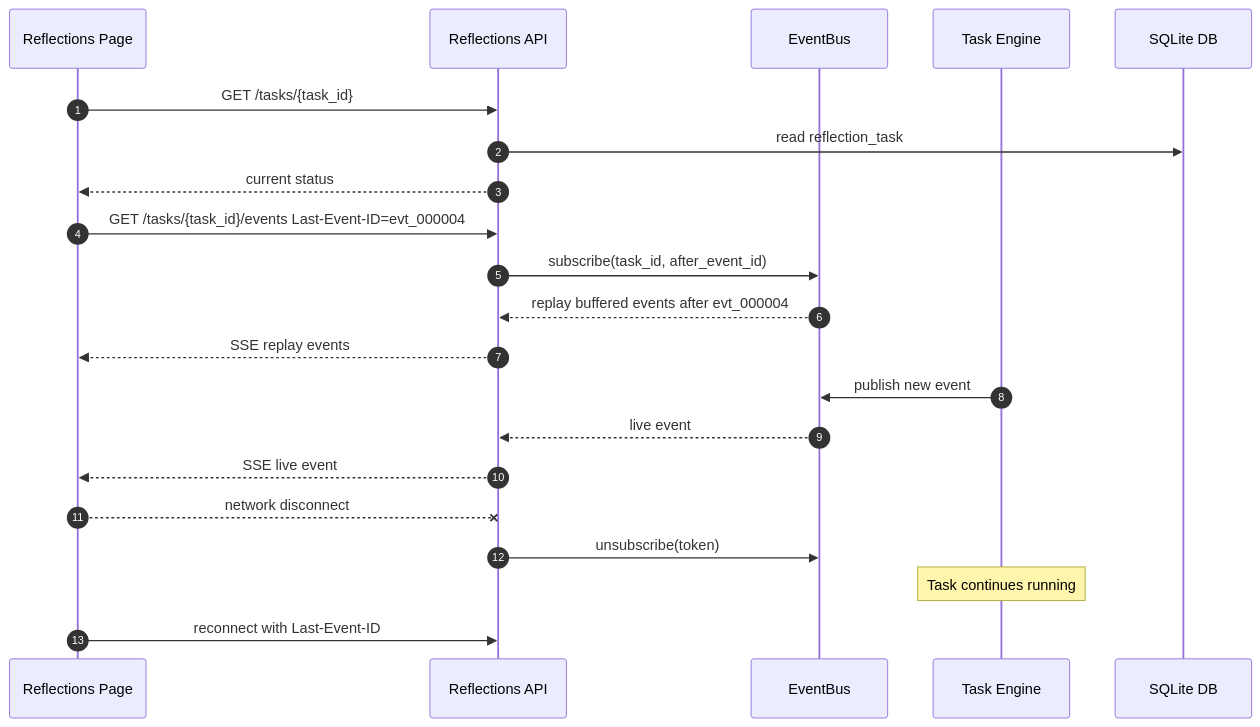
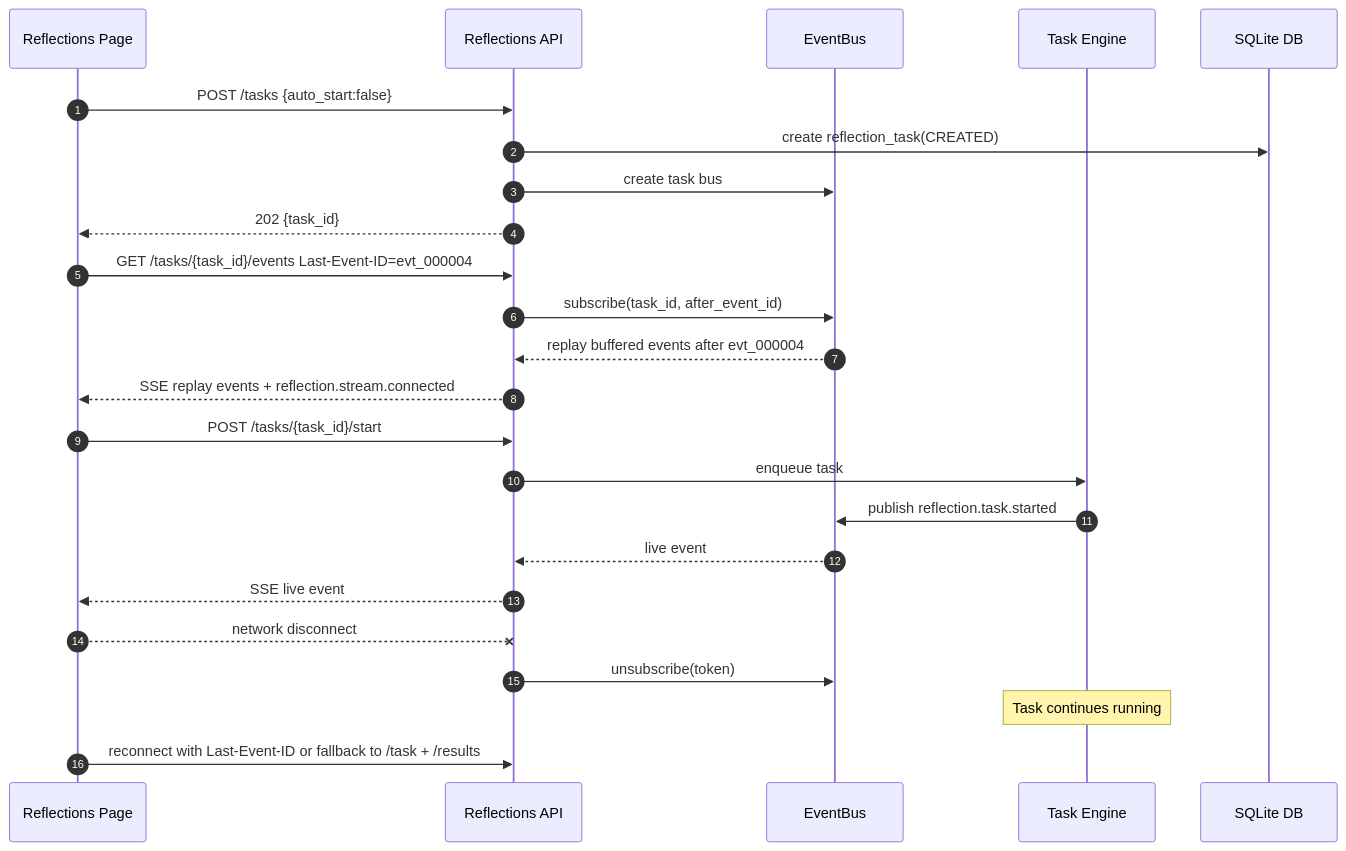
Before and after one commit to glide-the/im-dream: the diagram in docs/design/memory/reflections-agent-sse-eventbus-design.md, drawn with Mermaid. The commit also changed other lines of this file and 4 other files, not shown here.

Commit message:
docs: fix reflections sse sequence fence

````diff
--- a/docs/design/memory/reflections-agent-sse-eventbus-design.md
+++ b/docs/design/memory/reflections-agent-sse-eventbus-design.md
@@ -185,25 +185,30 @@
 ```mermaid
 sequenceDiagram
     autonumber
     participant UI as Reflections Page
     participant API as Reflections API
     participant Bus as EventBus
     participant Engine as Task Engine
     participant DB as SQLite DB
 
-    UI->>API: GET /tasks/{task_id}
-    API->>DB: read reflection_task
-    API-->>UI: current status
+    UI->>API: POST /tasks {auto_start:false}
+    API->>DB: create reflection_task(CREATED)
+    API->>Bus: create task bus
+    API-->>UI: 202 {task_id}
+
     UI->>API: GET /tasks/{task_id}/events Last-Event-ID=evt_000004
     API->>Bus: subscribe(task_id, after_event_id)
     Bus-->>API: replay buffered events after evt_000004
-    API-->>UI: SSE replay events
-    Engine->>Bus: publish new event
+    API-->>UI: SSE replay events + reflection.stream.connected
+
+    UI->>API: POST /tasks/{task_id}/start
+    API->>Engine: enqueue task
+    Engine->>Bus: publish reflection.task.started
     Bus-->>API: live event
     API-->>UI: SSE live event
 
     UI--xAPI: network disconnect
     API->>Bus: unsubscribe(token)
     Note over Engine: Task continues running
-    UI->>API: reconnect with Last-Event-ID
+    UI->>API: reconnect with Last-Event-ID or fallback to /task + /results
 ```
````
